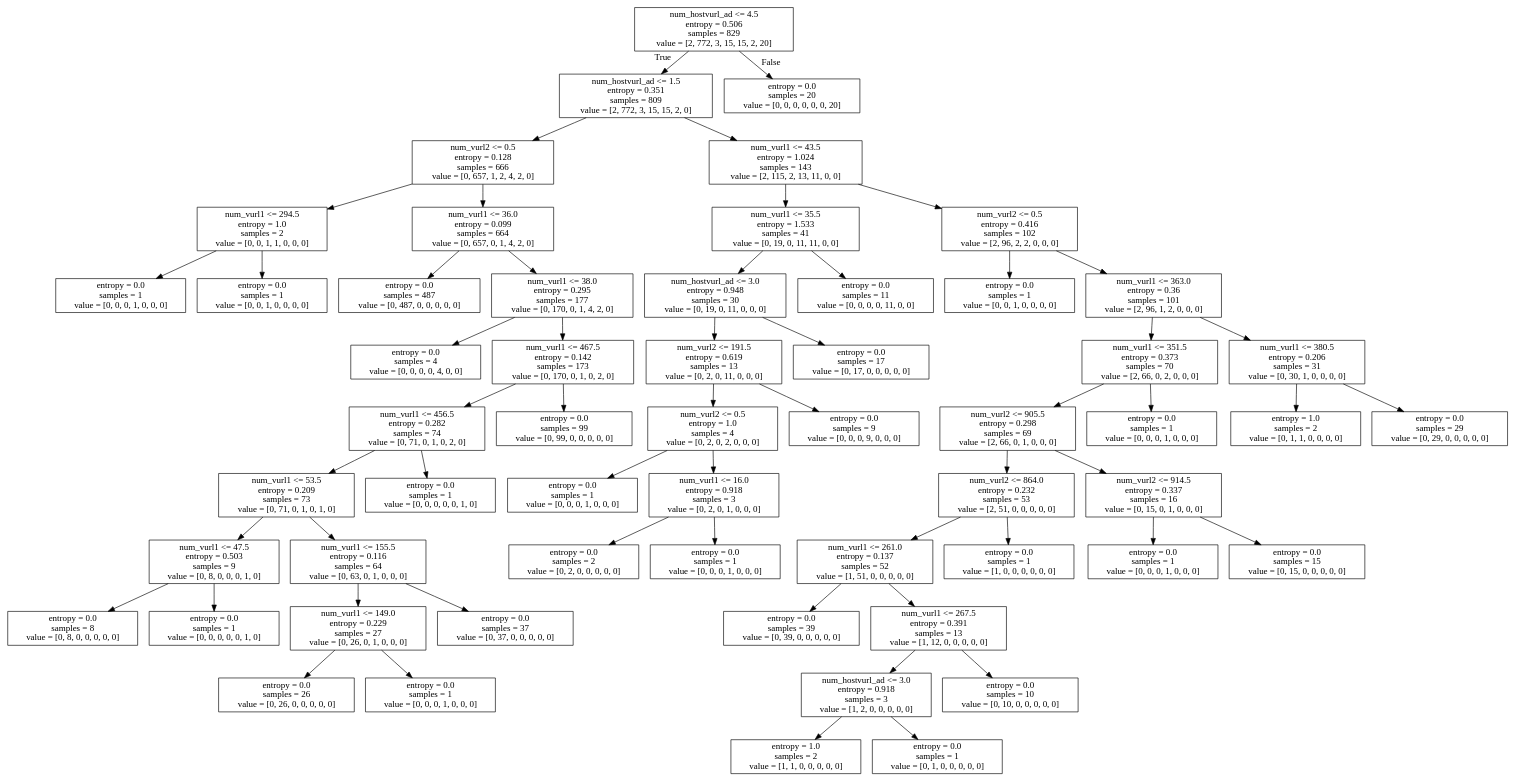
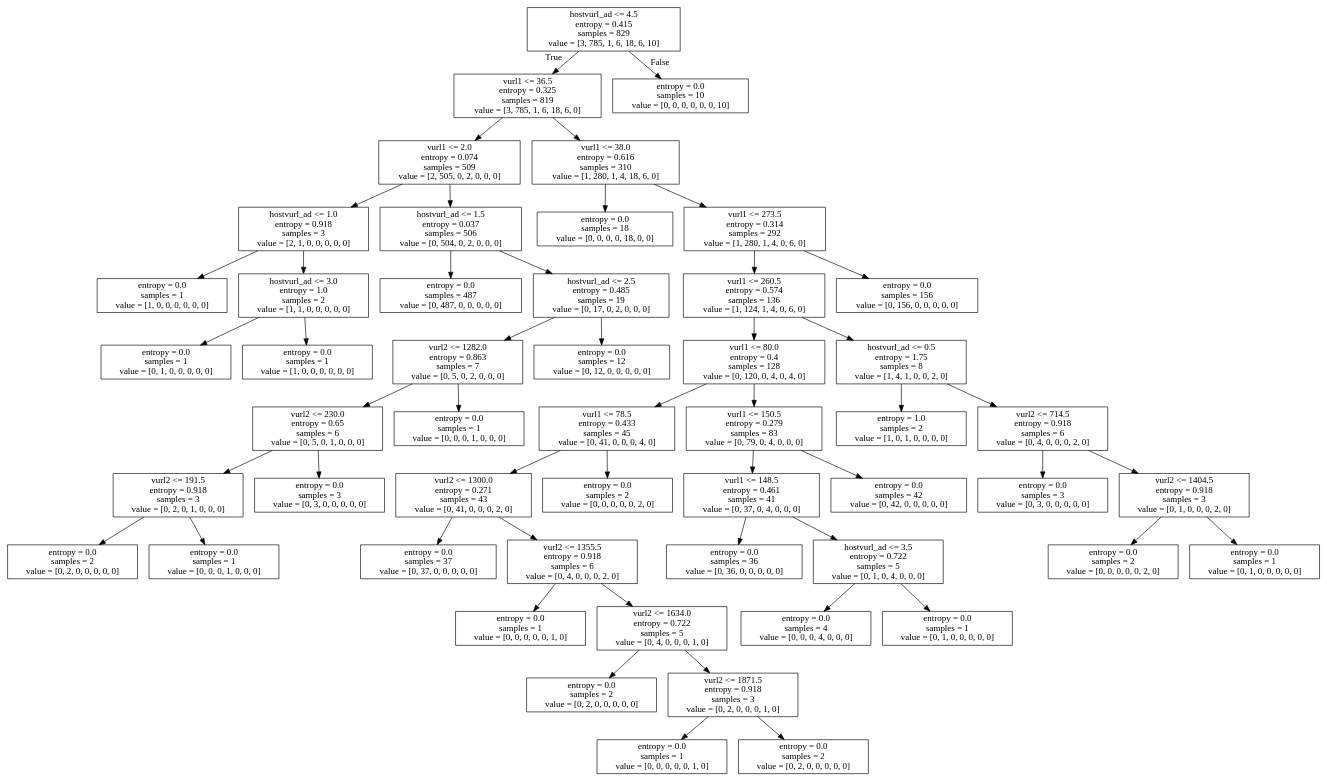
The diagram in dt.dot (ncut224/ML), drawn with Graphviz before and after one commit. The commit also changed 4 other files, not shown here.

```diff
--- a/dt.dot
+++ b/dt.dot
@@ -1,116 +1,104 @@
 digraph Tree {
 node [shape=box] ;
-0 [label="num_hostvurl_ad <= 4.5\nentropy = 0.506\nsamples = 829\nvalue = [2, 772, 3, 15, 15, 2, 20]"] ;
-1 [label="num_hostvurl_ad <= 1.5\nentropy = 0.351\nsamples = 809\nvalue = [2, 772, 3, 15, 15, 2, 0]"] ;
+0 [label="hostvurl_ad <= 4.5\nentropy = 0.415\nsamples = 829\nvalue = [3, 785, 1, 6, 18, 6, 10]"] ;
+1 [label="vurl1 <= 36.5\nentropy = 0.325\nsamples = 819\nvalue = [3, 785, 1, 6, 18, 6, 0]"] ;
 0 -> 1 [labeldistance=2.5, labelangle=45, headlabel="True"] ;
-2 [label="num_vurl2 <= 0.5\nentropy = 0.128\nsamples = 666\nvalue = [0, 657, 1, 2, 4, 2, 0]"] ;
+2 [label="vurl1 <= 2.0\nentropy = 0.074\nsamples = 509\nvalue = [2, 505, 0, 2, 0, 0, 0]"] ;
 1 -> 2 ;
-3 [label="num_vurl1 <= 294.5\nentropy = 1.0\nsamples = 2\nvalue = [0, 0, 1, 1, 0, 0, 0]"] ;
+3 [label="hostvurl_ad <= 1.0\nentropy = 0.918\nsamples = 3\nvalue = [2, 1, 0, 0, 0, 0, 0]"] ;
 2 -> 3 ;
-4 [label="entropy = 0.0\nsamples = 1\nvalue = [0, 0, 0, 1, 0, 0, 0]"] ;
+4 [label="entropy = 0.0\nsamples = 1\nvalue = [1, 0, 0, 0, 0, 0, 0]"] ;
 3 -> 4 ;
-5 [label="entropy = 0.0\nsamples = 1\nvalue = [0, 0, 1, 0, 0, 0, 0]"] ;
+5 [label="hostvurl_ad <= 3.0\nentropy = 1.0\nsamples = 2\nvalue = [1, 1, 0, 0, 0, 0, 0]"] ;
 3 -> 5 ;
-6 [label="num_vurl1 <= 36.0\nentropy = 0.099\nsamples = 664\nvalue = [0, 657, 0, 1, 4, 2, 0]"] ;
-2 -> 6 ;
-7 [label="entropy = 0.0\nsamples = 487\nvalue = [0, 487, 0, 0, 0, 0, 0]"] ;
-6 -> 7 ;
-8 [label="num_vurl1 <= 38.0\nentropy = 0.295\nsamples = 177\nvalue = [0, 170, 0, 1, 4, 2, 0]"] ;
-6 -> 8 ;
-9 [label="entropy = 0.0\nsamples = 4\nvalue = [0, 0, 0, 0, 4, 0, 0]"] ;
+6 [label="entropy = 0.0\nsamples = 1\nvalue = [0, 1, 0, 0, 0, 0, 0]"] ;
+5 -> 6 ;
+7 [label="entropy = 0.0\nsamples = 1\nvalue = [1, 0, 0, 0, 0, 0, 0]"] ;
+5 -> 7 ;
+8 [label="hostvurl_ad <= 1.5\nentropy = 0.037\nsamples = 506\nvalue = [0, 504, 0, 2, 0, 0, 0]"] ;
+2 -> 8 ;
+9 [label="entropy = 0.0\nsamples = 487\nvalue = [0, 487, 0, 0, 0, 0, 0]"] ;
 8 -> 9 ;
-10 [label="num_vurl1 <= 467.5\nentropy = 0.142\nsamples = 173\nvalue = [0, 170, 0, 1, 0, 2, 0]"] ;
+10 [label="hostvurl_ad <= 2.5\nentropy = 0.485\nsamples = 19\nvalue = [0, 17, 0, 2, 0, 0, 0]"] ;
 8 -> 10 ;
-11 [label="num_vurl1 <= 456.5\nentropy = 0.282\nsamples = 74\nvalue = [0, 71, 0, 1, 0, 2, 0]"] ;
+11 [label="vurl2 <= 1282.0\nentropy = 0.863\nsamples = 7\nvalue = [0, 5, 0, 2, 0, 0, 0]"] ;
 10 -> 11 ;
-12 [label="num_vurl1 <= 53.5\nentropy = 0.209\nsamples = 73\nvalue = [0, 71, 0, 1, 0, 1, 0]"] ;
+12 [label="vurl2 <= 230.0\nentropy = 0.65\nsamples = 6\nvalue = [0, 5, 0, 1, 0, 0, 0]"] ;
 11 -> 12 ;
-13 [label="num_vurl1 <= 47.5\nentropy = 0.503\nsamples = 9\nvalue = [0, 8, 0, 0, 0, 1, 0]"] ;
+13 [label="vurl2 <= 191.5\nentropy = 0.918\nsamples = 3\nvalue = [0, 2, 0, 1, 0, 0, 0]"] ;
 12 -> 13 ;
-14 [label="entropy = 0.0\nsamples = 8\nvalue = [0, 8, 0, 0, 0, 0, 0]"] ;
+14 [label="entropy = 0.0\nsamples = 2\nvalue = [0, 2, 0, 0, 0, 0, 0]"] ;
 13 -> 14 ;
-15 [label="entropy = 0.0\nsamples = 1\nvalue = [0, 0, 0, 0, 0, 1, 0]"] ;
+15 [label="entropy = 0.0\nsamples = 1\nvalue = [0, 0, 0, 1, 0, 0, 0]"] ;
 13 -> 15 ;
-16 [label="num_vurl1 <= 155.5\nentropy = 0.116\nsamples = 64\nvalue = [0, 63, 0, 1, 0, 0, 0]"] ;
+16 [label="entropy = 0.0\nsamples = 3\nvalue = [0, 3, 0, 0, 0, 0, 0]"] ;
 12 -> 16 ;
-17 [label="num_vurl1 <= 149.0\nentropy = 0.229\nsamples = 27\nvalue = [0, 26, 0, 1, 0, 0, 0]"] ;
-16 -> 17 ;
-18 [label="entropy = 0.0\nsamples = 26\nvalue = [0, 26, 0, 0, 0, 0, 0]"] ;
-17 -> 18 ;
-19 [label="entropy = 0.0\nsamples = 1\nvalue = [0, 0, 0, 1, 0, 0, 0]"] ;
-17 -> 19 ;
-20 [label="entropy = 0.0\nsamples = 37\nvalue = [0, 37, 0, 0, 0, 0, 0]"] ;
-16 -> 20 ;
-21 [label="entropy = 0.0\nsamples = 1\nvalue = [0, 0, 0, 0, 0, 1, 0]"] ;
-11 -> 21 ;
-22 [label="entropy = 0.0\nsamples = 99\nvalue = [0, 99, 0, 0, 0, 0, 0]"] ;
-10 -> 22 ;
-23 [label="num_vurl1 <= 43.5\nentropy = 1.024\nsamples = 143\nvalue = [2, 115, 2, 13, 11, 0, 0]"] ;
-1 -> 23 ;
-24 [label="num_vurl1 <= 35.5\nentropy = 1.533\nsamples = 41\nvalue = [0, 19, 0, 11, 11, 0, 0]"] ;
+17 [label="entropy = 0.0\nsamples = 1\nvalue = [0, 0, 0, 1, 0, 0, 0]"] ;
+11 -> 17 ;
+18 [label="entropy = 0.0\nsamples = 12\nvalue = [0, 12, 0, 0, 0, 0, 0]"] ;
+10 -> 18 ;
+19 [label="vurl1 <= 38.0\nentropy = 0.616\nsamples = 310\nvalue = [1, 280, 1, 4, 18, 6, 0]"] ;
+1 -> 19 ;
+20 [label="entropy = 0.0\nsamples = 18\nvalue = [0, 0, 0, 0, 18, 0, 0]"] ;
+19 -> 20 ;
+21 [label="vurl1 <= 273.5\nentropy = 0.314\nsamples = 292\nvalue = [1, 280, 1, 4, 0, 6, 0]"] ;
+19 -> 21 ;
+22 [label="vurl1 <= 260.5\nentropy = 0.574\nsamples = 136\nvalue = [1, 124, 1, 4, 0, 6, 0]"] ;
+21 -> 22 ;
+23 [label="vurl1 <= 80.0\nentropy = 0.4\nsamples = 128\nvalue = [0, 120, 0, 4, 0, 4, 0]"] ;
+22 -> 23 ;
+24 [label="vurl1 <= 78.5\nentropy = 0.433\nsamples = 45\nvalue = [0, 41, 0, 0, 0, 4, 0]"] ;
 23 -> 24 ;
-25 [label="num_hostvurl_ad <= 3.0\nentropy = 0.948\nsamples = 30\nvalue = [0, 19, 0, 11, 0, 0, 0]"] ;
+25 [label="vurl2 <= 1300.0\nentropy = 0.271\nsamples = 43\nvalue = [0, 41, 0, 0, 0, 2, 0]"] ;
 24 -> 25 ;
-26 [label="num_vurl2 <= 191.5\nentropy = 0.619\nsamples = 13\nvalue = [0, 2, 0, 11, 0, 0, 0]"] ;
+26 [label="entropy = 0.0\nsamples = 37\nvalue = [0, 37, 0, 0, 0, 0, 0]"] ;
 25 -> 26 ;
-27 [label="num_vurl2 <= 0.5\nentropy = 1.0\nsamples = 4\nvalue = [0, 2, 0, 2, 0, 0, 0]"] ;
-26 -> 27 ;
-28 [label="entropy = 0.0\nsamples = 1\nvalue = [0, 0, 0, 1, 0, 0, 0]"] ;
+27 [label="vurl2 <= 1355.5\nentropy = 0.918\nsamples = 6\nvalue = [0, 4, 0, 0, 0, 2, 0]"] ;
+25 -> 27 ;
+28 [label="entropy = 0.0\nsamples = 1\nvalue = [0, 0, 0, 0, 0, 1, 0]"] ;
 27 -> 28 ;
-29 [label="num_vurl1 <= 16.0\nentropy = 0.918\nsamples = 3\nvalue = [0, 2, 0, 1, 0, 0, 0]"] ;
+29 [label="vurl2 <= 1634.0\nentropy = 0.722\nsamples = 5\nvalue = [0, 4, 0, 0, 0, 1, 0]"] ;
 27 -> 29 ;
 30 [label="entropy = 0.0\nsamples = 2\nvalue = [0, 2, 0, 0, 0, 0, 0]"] ;
 29 -> 30 ;
-31 [label="entropy = 0.0\nsamples = 1\nvalue = [0, 0, 0, 1, 0, 0, 0]"] ;
+31 [label="vurl2 <= 1871.5\nentropy = 0.918\nsamples = 3\nvalue = [0, 2, 0, 0, 0, 1, 0]"] ;
 29 -> 31 ;
-32 [label="entropy = 0.0\nsamples = 9\nvalue = [0, 0, 0, 9, 0, 0, 0]"] ;
-26 -> 32 ;
-33 [label="entropy = 0.0\nsamples = 17\nvalue = [0, 17, 0, 0, 0, 0, 0]"] ;
-25 -> 33 ;
-34 [label="entropy = 0.0\nsamples = 11\nvalue = [0, 0, 0, 0, 11, 0, 0]"] ;
+32 [label="entropy = 0.0\nsamples = 1\nvalue = [0, 0, 0, 0, 0, 1, 0]"] ;
+31 -> 32 ;
+33 [label="entropy = 0.0\nsamples = 2\nvalue = [0, 2, 0, 0, 0, 0, 0]"] ;
+31 -> 33 ;
+34 [label="entropy = 0.0\nsamples = 2\nvalue = [0, 0, 0, 0, 0, 2, 0]"] ;
 24 -> 34 ;
-35 [label="num_vurl2 <= 0.5\nentropy = 0.416\nsamples = 102\nvalue = [2, 96, 2, 2, 0, 0, 0]"] ;
+35 [label="vurl1 <= 150.5\nentropy = 0.279\nsamples = 83\nvalue = [0, 79, 0, 4, 0, 0, 0]"] ;
 23 -> 35 ;
-36 [label="entropy = 0.0\nsamples = 1\nvalue = [0, 0, 1, 0, 0, 0, 0]"] ;
+36 [label="vurl1 <= 148.5\nentropy = 0.461\nsamples = 41\nvalue = [0, 37, 0, 4, 0, 0, 0]"] ;
 35 -> 36 ;
-37 [label="num_vurl1 <= 363.0\nentropy = 0.36\nsamples = 101\nvalue = [2, 96, 1, 2, 0, 0, 0]"] ;
-35 -> 37 ;
-38 [label="num_vurl1 <= 351.5\nentropy = 0.373\nsamples = 70\nvalue = [2, 66, 0, 2, 0, 0, 0]"] ;
-37 -> 38 ;
-39 [label="num_vurl2 <= 905.5\nentropy = 0.298\nsamples = 69\nvalue = [2, 66, 0, 1, 0, 0, 0]"] ;
+37 [label="entropy = 0.0\nsamples = 36\nvalue = [0, 36, 0, 0, 0, 0, 0]"] ;
+36 -> 37 ;
+38 [label="hostvurl_ad <= 3.5\nentropy = 0.722\nsamples = 5\nvalue = [0, 1, 0, 4, 0, 0, 0]"] ;
+36 -> 38 ;
+39 [label="entropy = 0.0\nsamples = 4\nvalue = [0, 0, 0, 4, 0, 0, 0]"] ;
 38 -> 39 ;
-40 [label="num_vurl2 <= 864.0\nentropy = 0.232\nsamples = 53\nvalue = [2, 51, 0, 0, 0, 0, 0]"] ;
-39 -> 40 ;
-41 [label="num_vurl1 <= 261.0\nentropy = 0.137\nsamples = 52\nvalue = [1, 51, 0, 0, 0, 0, 0]"] ;
-40 -> 41 ;
-42 [label="entropy = 0.0\nsamples = 39\nvalue = [0, 39, 0, 0, 0, 0, 0]"] ;
-41 -> 42 ;
-43 [label="num_vurl1 <= 267.5\nentropy = 0.391\nsamples = 13\nvalue = [1, 12, 0, 0, 0, 0, 0]"] ;
-41 -> 43 ;
-44 [label="num_hostvurl_ad <= 3.0\nentropy = 0.918\nsamples = 3\nvalue = [1, 2, 0, 0, 0, 0, 0]"] ;
-43 -> 44 ;
-45 [label="entropy = 1.0\nsamples = 2\nvalue = [1, 1, 0, 0, 0, 0, 0]"] ;
+40 [label="entropy = 0.0\nsamples = 1\nvalue = [0, 1, 0, 0, 0, 0, 0]"] ;
+38 -> 40 ;
+41 [label="entropy = 0.0\nsamples = 42\nvalue = [0, 42, 0, 0, 0, 0, 0]"] ;
+35 -> 41 ;
+42 [label="hostvurl_ad <= 0.5\nentropy = 1.75\nsamples = 8\nvalue = [1, 4, 1, 0, 0, 2, 0]"] ;
+22 -> 42 ;
+43 [label="entropy = 1.0\nsamples = 2\nvalue = [1, 0, 1, 0, 0, 0, 0]"] ;
+42 -> 43 ;
+44 [label="vurl2 <= 714.5\nentropy = 0.918\nsamples = 6\nvalue = [0, 4, 0, 0, 0, 2, 0]"] ;
+42 -> 44 ;
+45 [label="entropy = 0.0\nsamples = 3\nvalue = [0, 3, 0, 0, 0, 0, 0]"] ;
 44 -> 45 ;
-46 [label="entropy = 0.0\nsamples = 1\nvalue = [0, 1, 0, 0, 0, 0, 0]"] ;
+46 [label="vurl2 <= 1404.5\nentropy = 0.918\nsamples = 3\nvalue = [0, 1, 0, 0, 0, 2, 0]"] ;
 44 -> 46 ;
-47 [label="entropy = 0.0\nsamples = 10\nvalue = [0, 10, 0, 0, 0, 0, 0]"] ;
-43 -> 47 ;
-48 [label="entropy = 0.0\nsamples = 1\nvalue = [1, 0, 0, 0, 0, 0, 0]"] ;
-40 -> 48 ;
-49 [label="num_vurl2 <= 914.5\nentropy = 0.337\nsamples = 16\nvalue = [0, 15, 0, 1, 0, 0, 0]"] ;
-39 -> 49 ;
-50 [label="entropy = 0.0\nsamples = 1\nvalue = [0, 0, 0, 1, 0, 0, 0]"] ;
-49 -> 50 ;
-51 [label="entropy = 0.0\nsamples = 15\nvalue = [0, 15, 0, 0, 0, 0, 0]"] ;
-49 -> 51 ;
-52 [label="entropy = 0.0\nsamples = 1\nvalue = [0, 0, 0, 1, 0, 0, 0]"] ;
-38 -> 52 ;
-53 [label="num_vurl1 <= 380.5\nentropy = 0.206\nsamples = 31\nvalue = [0, 30, 1, 0, 0, 0, 0]"] ;
-37 -> 53 ;
-54 [label="entropy = 1.0\nsamples = 2\nvalue = [0, 1, 1, 0, 0, 0, 0]"] ;
-53 -> 54 ;
-55 [label="entropy = 0.0\nsamples = 29\nvalue = [0, 29, 0, 0, 0, 0, 0]"] ;
-53 -> 55 ;
-56 [label="entropy = 0.0\nsamples = 20\nvalue = [0, 0, 0, 0, 0, 0, 20]"] ;
-0 -> 56 [labeldistance=2.5, labelangle=-45, headlabel="False"] ;
+47 [label="entropy = 0.0\nsamples = 2\nvalue = [0, 0, 0, 0, 0, 2, 0]"] ;
+46 -> 47 ;
+48 [label="entropy = 0.0\nsamples = 1\nvalue = [0, 1, 0, 0, 0, 0, 0]"] ;
+46 -> 48 ;
+49 [label="entropy = 0.0\nsamples = 156\nvalue = [0, 156, 0, 0, 0, 0, 0]"] ;
+21 -> 49 ;
+50 [label="entropy = 0.0\nsamples = 10\nvalue = [0, 0, 0, 0, 0, 0, 10]"] ;
+0 -> 50 [labeldistance=2.5, labelangle=-45, headlabel="False"] ;
 }
```
